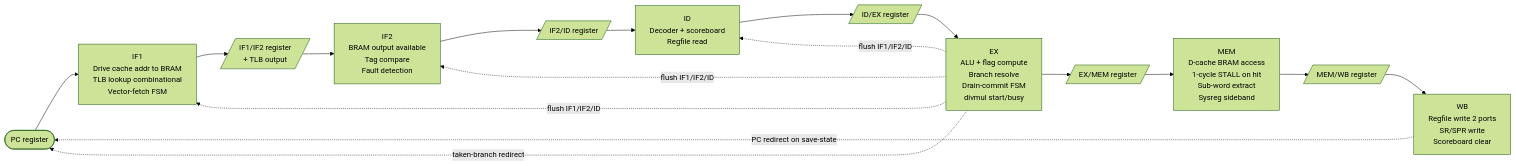
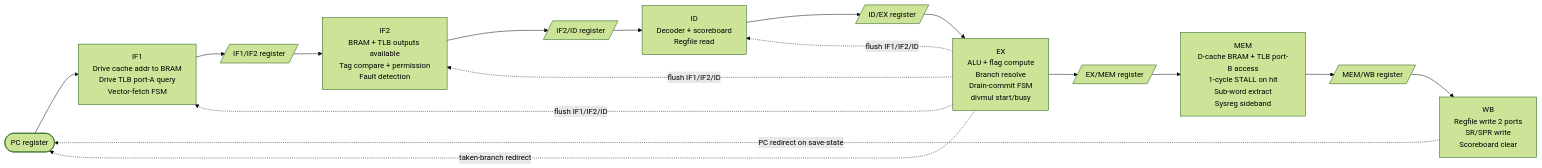
One commit to lonemeow/penumbra-minicomputer changed the diagram in doc/internals/penumbra2/pipeline-stages.md. Above: the diagram before and after it, drawn with Mermaid (forest theme). The commit also changed other lines of this file, not shown here.

First line of the commit message:
doc: align pipeline-stages.md with the registered BRAM TLB

````diff
--- a/doc/internals/penumbra2/pipeline-stages.md
+++ b/doc/internals/penumbra2/pipeline-stages.md
@@ -86,22 +86,22 @@
 ```mermaid
 flowchart LR
   PCREG([PC register])
-  IF1[IF1<br/>Drive cache addr to BRAM<br/>TLB lookup combinational<br/>Vector-fetch FSM]
-  IF1IF2[/IF1/IF2 register<br/>+ TLB output/]
-  IF2[IF2<br/>BRAM output available<br/>Tag compare<br/>Fault detection]
+  IF1[IF1<br/>Drive cache addr to BRAM<br/>Drive TLB port-A query<br/>Vector-fetch FSM]
+  IF1IF2[/IF1/IF2 register/]
+  IF2[IF2<br/>BRAM + TLB outputs available<br/>Tag compare + permission<br/>Fault detection]
   IF2ID[/IF2/ID register/]
   ID[ID<br/>Decoder + scoreboard<br/>Regfile read]
   IDEX[/ID/EX register/]
   EX[EX<br/>ALU + flag compute<br/>Branch resolve<br/>Drain-commit FSM<br/>divmul start/busy]
   EXMEM[/EX/MEM register/]
-  MEM["MEM<br/>D-cache BRAM access<br/>1-cycle STALL on hit<br/>Sub-word extract<br/>Sysreg sideband"]
+  MEM["MEM<br/>D-cache BRAM + TLB port-B access<br/>1-cycle STALL on hit<br/>Sub-word extract<br/>Sysreg sideband"]
   MEMWB[/MEM/WB register/]
   WB[WB<br/>Regfile write 2 ports<br/>SR/SPR write<br/>Scoreboard clear]
 
   PCREG --> IF1 --> IF1IF2 --> IF2 --> IF2ID --> ID --> IDEX --> EX --> EXMEM --> MEM --> MEMWB --> WB
   EX -. taken-branch redirect .-> PCREG
   EX -. flush IF1/IF2/ID .-> IF1
   EX -. flush IF1/IF2/ID .-> IF2
   EX -. flush IF1/IF2/ID .-> ID
   WB -. PC redirect on save-state .-> PCREG
 ```
````
